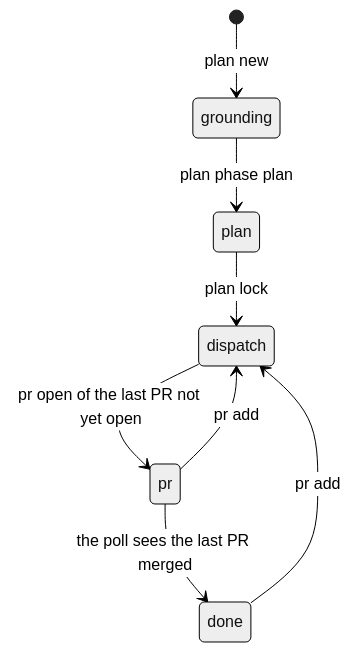
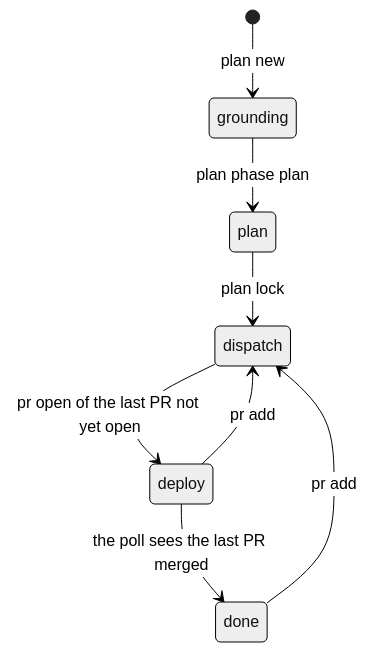
Before and after one commit to clayton-duarte/cpd: the second of 5 diagrams in docs/contract.md, drawn with Mermaid (neutral theme). The commit also changed other lines of this file and 2 other files, not shown here.

Commit message:
docs: the Plan phase pr is called deploy; migration 0008 (hs-d76, hs-d131)

````diff
--- a/docs/contract.md
+++ b/docs/contract.md
@@ -413,10 +413,10 @@
 ```mermaid
 stateDiagram-v2
   [*] --> grounding: plan new
   grounding --> plan: plan phase plan
   plan --> dispatch: plan lock
-  dispatch --> pr: pr open of the last PR not yet open
-  pr --> done: the poll sees the last PR merged
-  pr --> dispatch: pr add
+  dispatch --> deploy: pr open of the last PR not yet open
+  deploy --> done: the poll sees the last PR merged
+  deploy --> dispatch: pr add
   done --> dispatch: pr add
 ```
````
